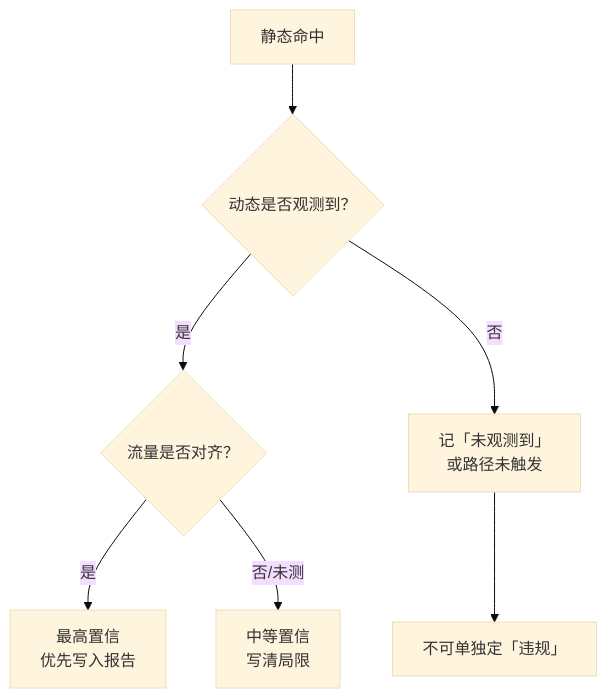
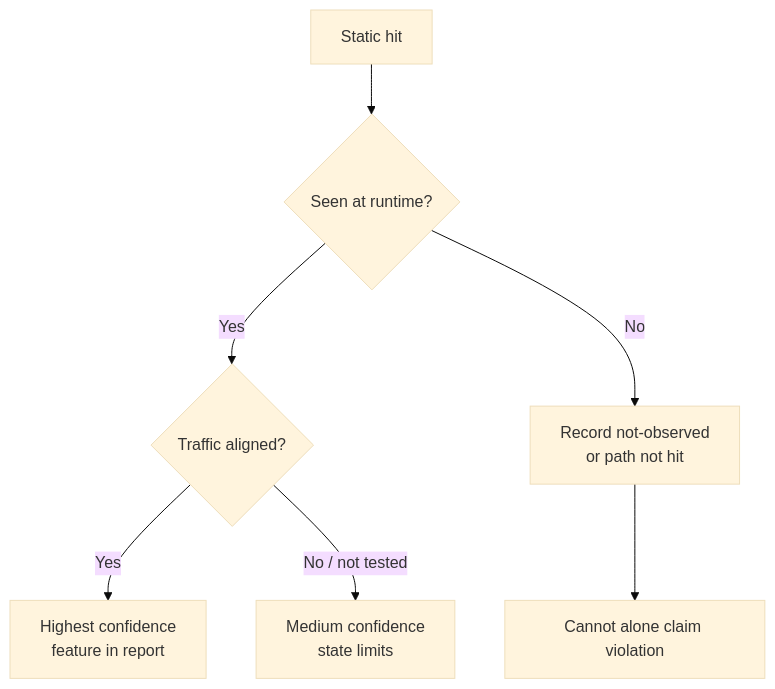
One commit to ConradLu2740/app-privacy-audit changed the third of 4 diagrams in README.md. Above: the diagram before and after it, drawn with Mermaid (base theme). The commit also changed other lines of this file and 1 other file, not shown here.

````diff
--- a/README.md
+++ b/README.md
@@ -106,9 +108,9 @@
 ```mermaid
 flowchart TD
-  S["静态命中"] --> Q{"动态是否观测到？"}
-  Q -->|是| T{"流量是否对齐？"}
-  Q -->|否| U["记「未观测到」<br/>或路径未触发"]
-  T -->|是| V["最高置信<br/>优先写入报告"]
-  T -->|否/未测| W["中等置信<br/>写清局限"]
-  U --> X["不可单独定「违规」"]
+  S["Static hit"] --> Q{"Seen at runtime?"}
+  Q -->|Yes| T{"Traffic aligned?"}
+  Q -->|No| U["Record not-observed<br/>or path not hit"]
+  T -->|Yes| V["Highest confidence<br/>feature in report"]
+  T -->|No / not tested| W["Medium confidence<br/>state limits"]
+  U --> X["Cannot alone claim violation"]
 ```
````
